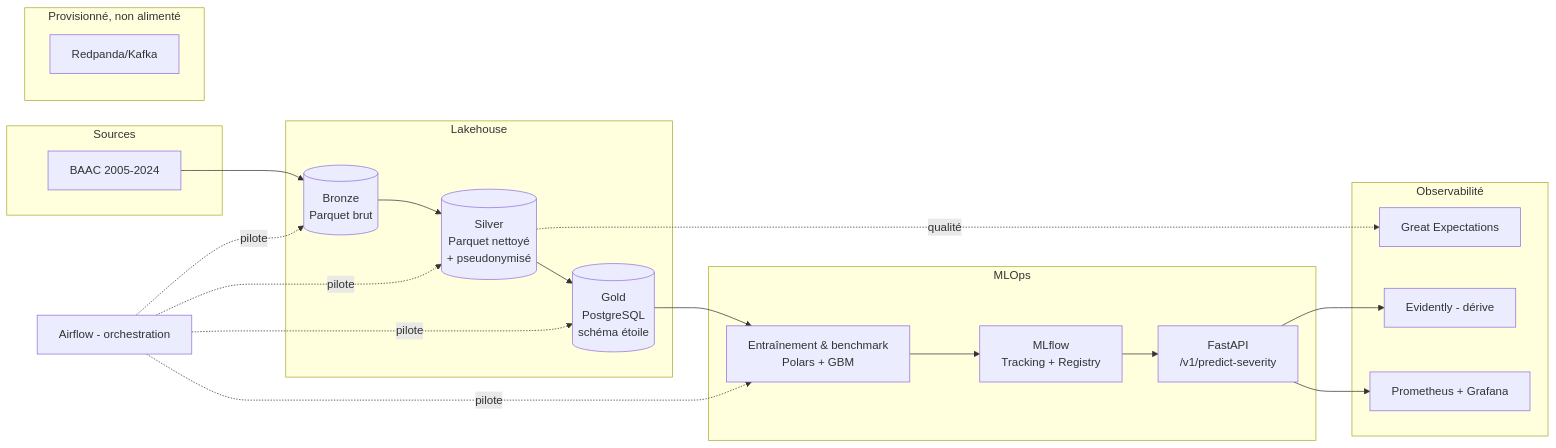
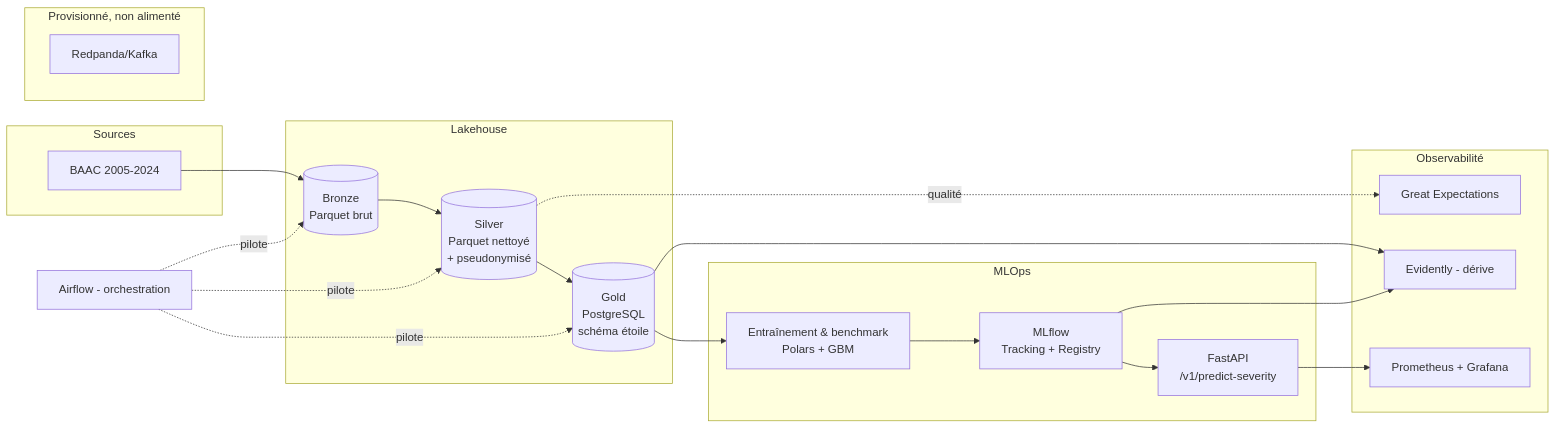
Before and after one commit to VigiRoute/gravia: the first of 4 diagrams in docs/Architecture_GRAVIA.md, drawn with Mermaid. The commit also changed other lines of this file and 10 other files, not shown here.

````diff
--- a/docs/Architecture_GRAVIA.md
+++ b/docs/Architecture_GRAVIA.md
@@ -52,40 +52,40 @@
 ```mermaid
 flowchart LR
     subgraph Sources
         A1[BAAC 2005-2024]
     end
 
     subgraph "Provisionné, non alimenté"
         K[Redpanda/Kafka]
     end
 
     subgraph Lakehouse
         B[(Bronze\nParquet brut)]
         S[(Silver\nParquet nettoyé\n+ pseudonymisé)]
         G[(Gold\nPostgreSQL\nschéma étoile)]
     end
 
     subgraph MLOps
         M[Entraînement & benchmark\nPolars + GBM]
         R[MLflow\nTracking + Registry]
         API[FastAPI\n/v1/predict-severity]
     end
 
     subgraph Observabilité
         GE[Great Expectations]
         EV[Evidently - dérive]
         PG[Prometheus + Grafana]
     end
 
     A1 --> B
     B --> S --> G
     S -.qualité.-> GE
     G --> M --> R --> API
-    API --> EV
+    G --> EV
+    R --> EV
     API --> PG
 
     O[Airflow - orchestration] -.pilote.-> B
     O -.pilote.-> S
     O -.pilote.-> G
-    O -.pilote.-> M
 ```
````
